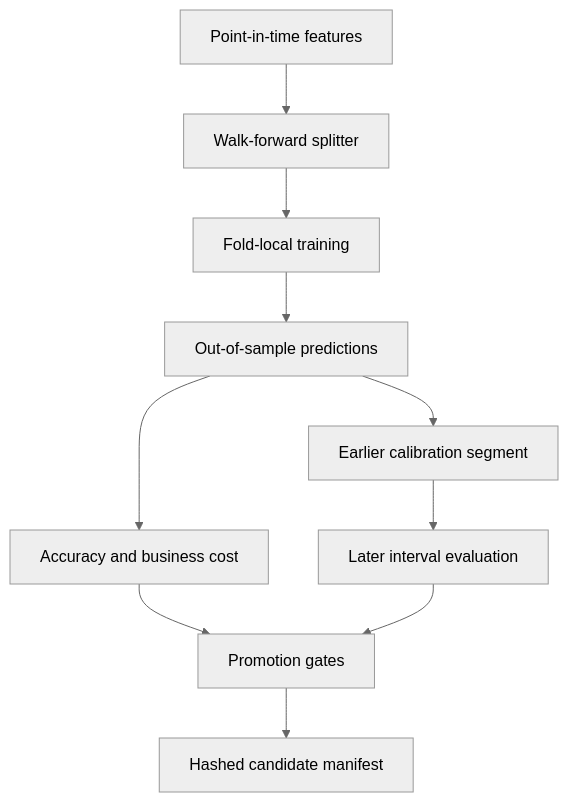
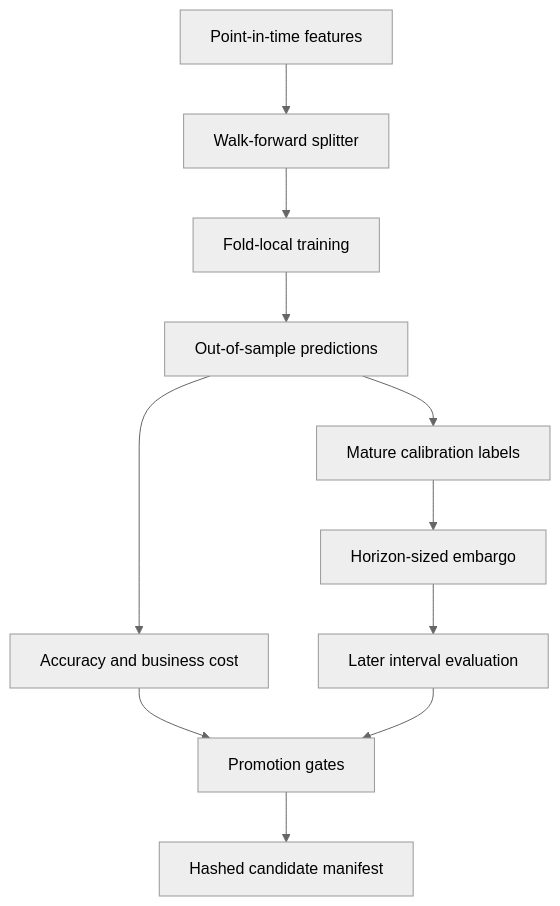
One commit to cagataykavas/financial-time-series-forecasting changed the diagram in README.md. Above: the diagram before and after it, drawn with Mermaid (neutral theme). The commit also changed other lines of this file and 6 other files, not shown here.

Commit message:
Purge immature conformal calibration labels

````diff
--- a/README.md
+++ b/README.md
@@ -27,12 +27,13 @@
 ```mermaid
 flowchart TD
     D["Point-in-time features"] --> S["Walk-forward splitter"]
     S --> T["Fold-local training"]
     T --> P["Out-of-sample predictions"]
     P --> M["Accuracy and business cost"]
-    P --> C["Earlier calibration segment"]
-    C --> U["Later interval evaluation"]
+    P --> C["Mature calibration labels"]
+    C --> E["Horizon-sized embargo"]
+    E --> U["Later interval evaluation"]
     M --> G["Promotion gates"]
     U --> G
     G --> A["Hashed candidate manifest"]
 ```
````
